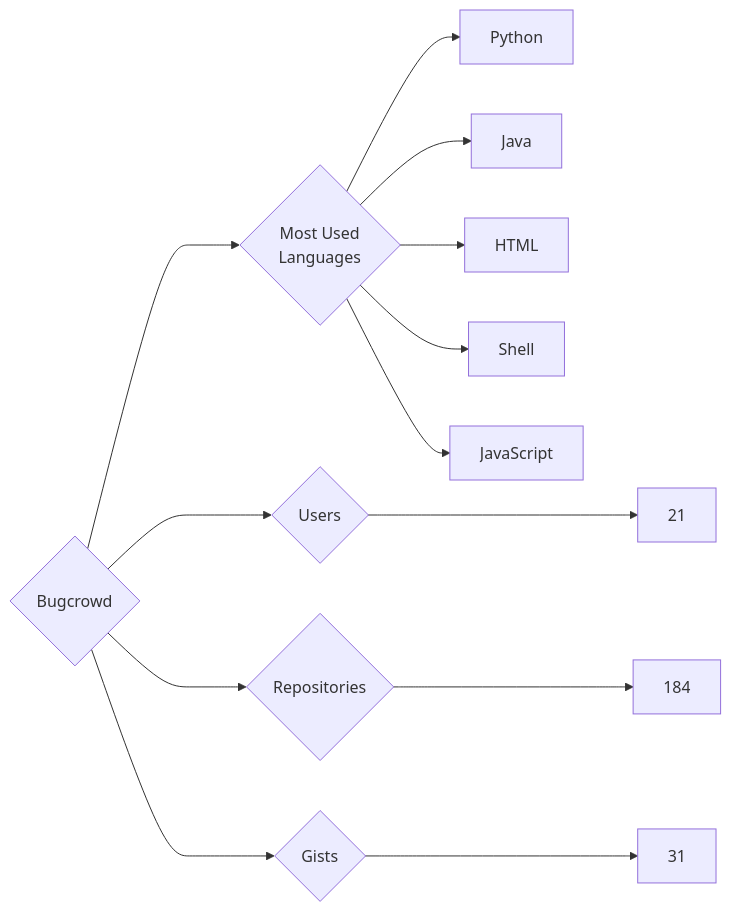
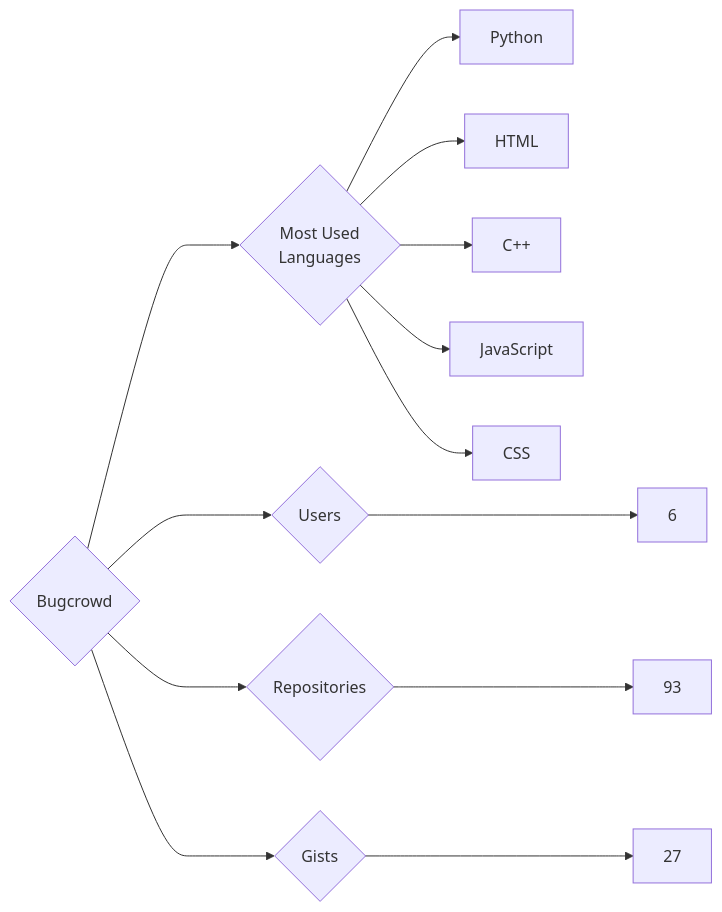
One commit to trickest/insiders changed the diagram in targets/Bugcrowd/README.md. Above: the diagram before and after it, drawn with Mermaid. The commit also changed 924 other files, not shown here.

````diff
--- a/targets/Bugcrowd/README.md
+++ b/targets/Bugcrowd/README.md
@@ -3,13 +3,13 @@
 ```mermaid
 graph LR
 COMPANY_NAME{Bugcrowd}
-COMPANY_NAME ---> U{Users} ---> UN[21]
-COMPANY_NAME ---> R{Repositories} ---> RN[184]
-COMPANY_NAME ---> G{Gists} ---> GN[31]
+COMPANY_NAME ---> U{Users} ---> UN[6]
+COMPANY_NAME ---> R{Repositories} ---> RN[93]
+COMPANY_NAME ---> G{Gists} ---> GN[27]
 COMPANY_NAME ---> ML{Most Used<br>Languages}
 ML --> Python[Python]
-ML --> Java[Java]
 ML --> HTML[HTML]
-ML --> Shell[Shell]
+ML --> C++[C++]
 ML --> JavaScript[JavaScript]
+ML --> CSS[CSS]
 ```
````
